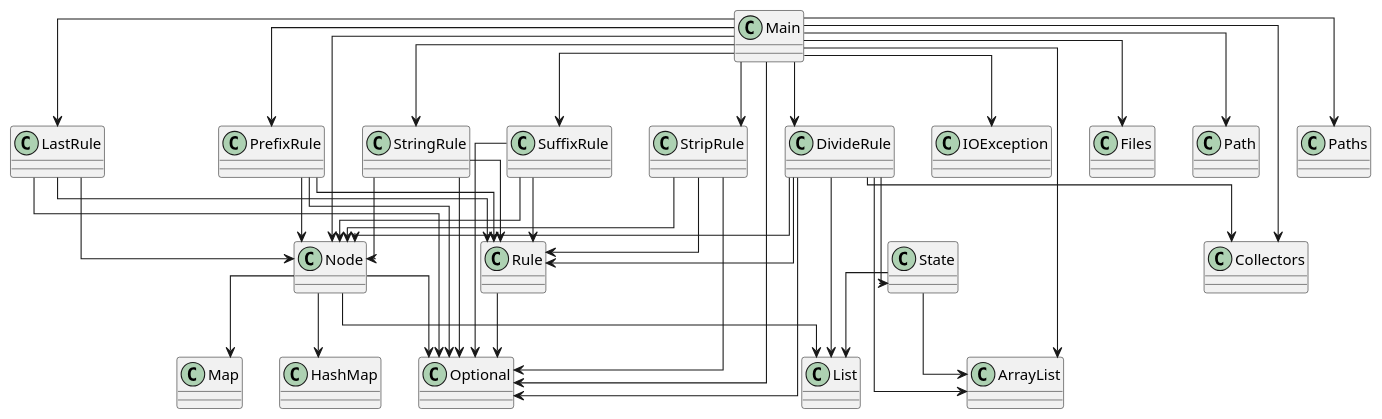
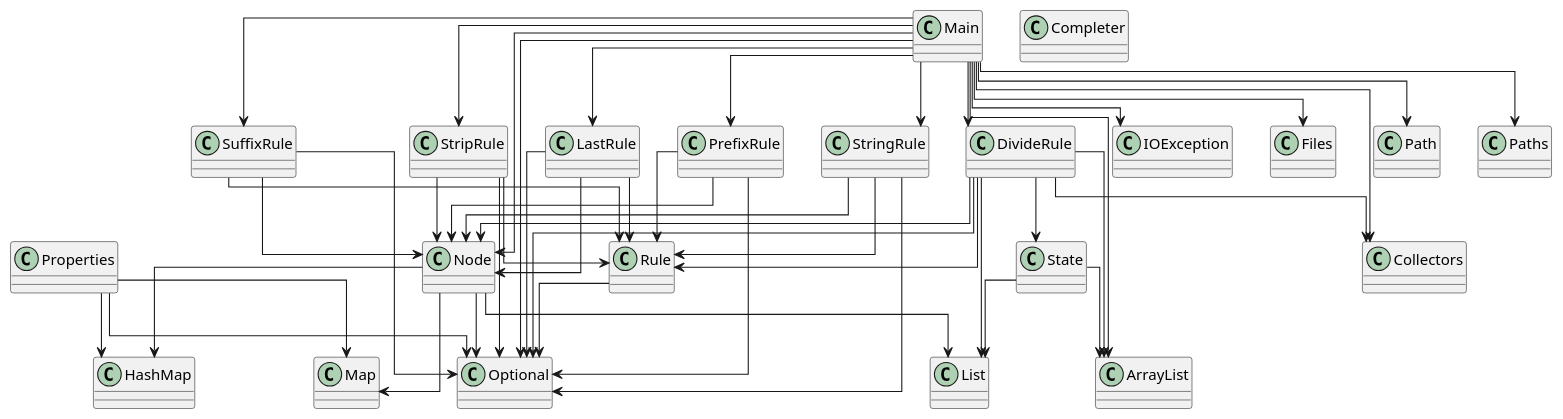
One commit to SirMathhman/Magma changed the diagram in diagram.puml. Above: the diagram before and after it, drawn with PlantUML. The commit also changed 5 other files, not shown here.

```diff
--- a/diagram.puml
+++ b/diagram.puml
@@ -1,56 +1,61 @@
 @startuml
 skinparam linetype ortho
 class Node
 Node --> HashMap
 Node --> List
 Node --> Map
 Node --> Optional
+class Properties
+Properties --> HashMap
+Properties --> Map
+Properties --> Optional
 class SuffixRule
 SuffixRule --> Node
 SuffixRule --> Rule
 SuffixRule --> Optional
 class Rule
 Rule --> Optional
 class StripRule
 StripRule --> Node
 StripRule --> Rule
 StripRule --> Optional
 class LastRule
 LastRule --> Node
 LastRule --> Rule
 LastRule --> Optional
 class Main
 Main --> Node
 Main --> DivideRule
 Main --> LastRule
 Main --> PrefixRule
 Main --> StringRule
 Main --> StripRule
 Main --> SuffixRule
 Main --> IOException
 Main --> Files
 Main --> Path
 Main --> Paths
 Main --> ArrayList
 Main --> Optional
 Main --> Collectors
+class Completer
 class DivideRule
 DivideRule --> Node
 DivideRule --> Rule
 DivideRule --> State
 DivideRule --> ArrayList
 DivideRule --> List
 DivideRule --> Optional
 DivideRule --> Collectors
 class PrefixRule
 PrefixRule --> Node
 PrefixRule --> Rule
 PrefixRule --> Optional
 class StringRule
 StringRule --> Node
 StringRule --> Rule
 StringRule --> Optional
 class State
 State --> ArrayList
 State --> List
 @enduml
```
